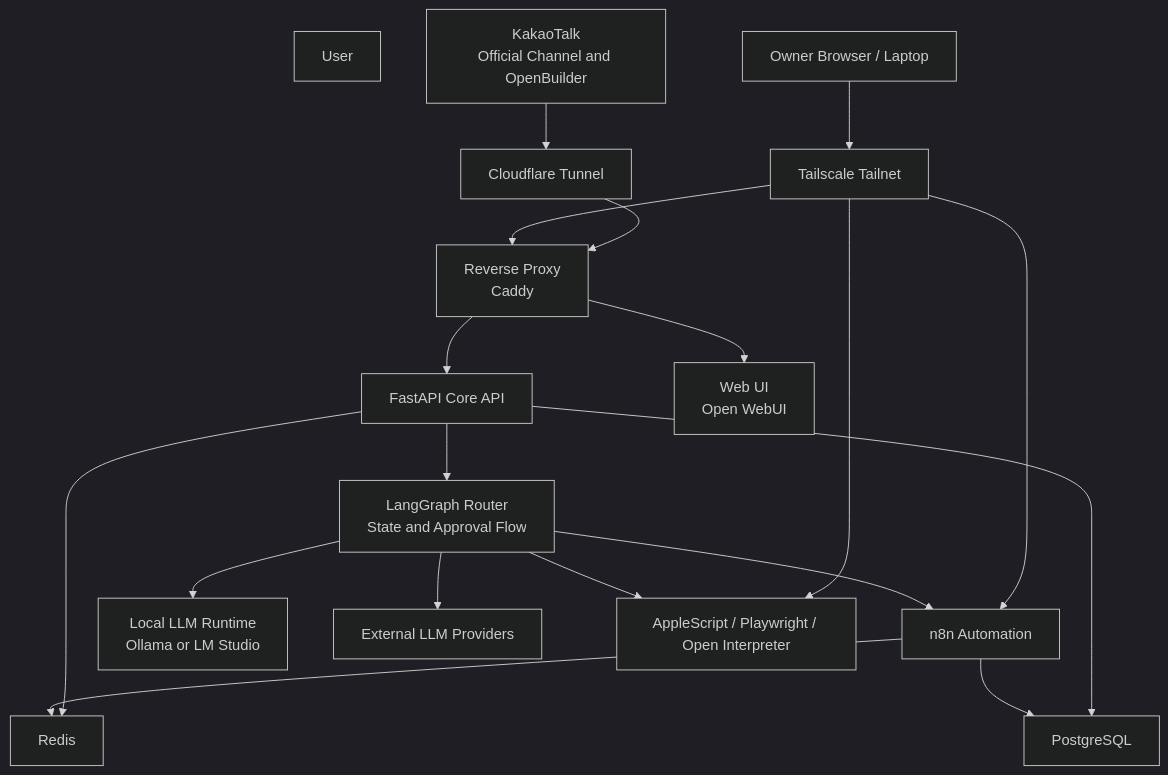
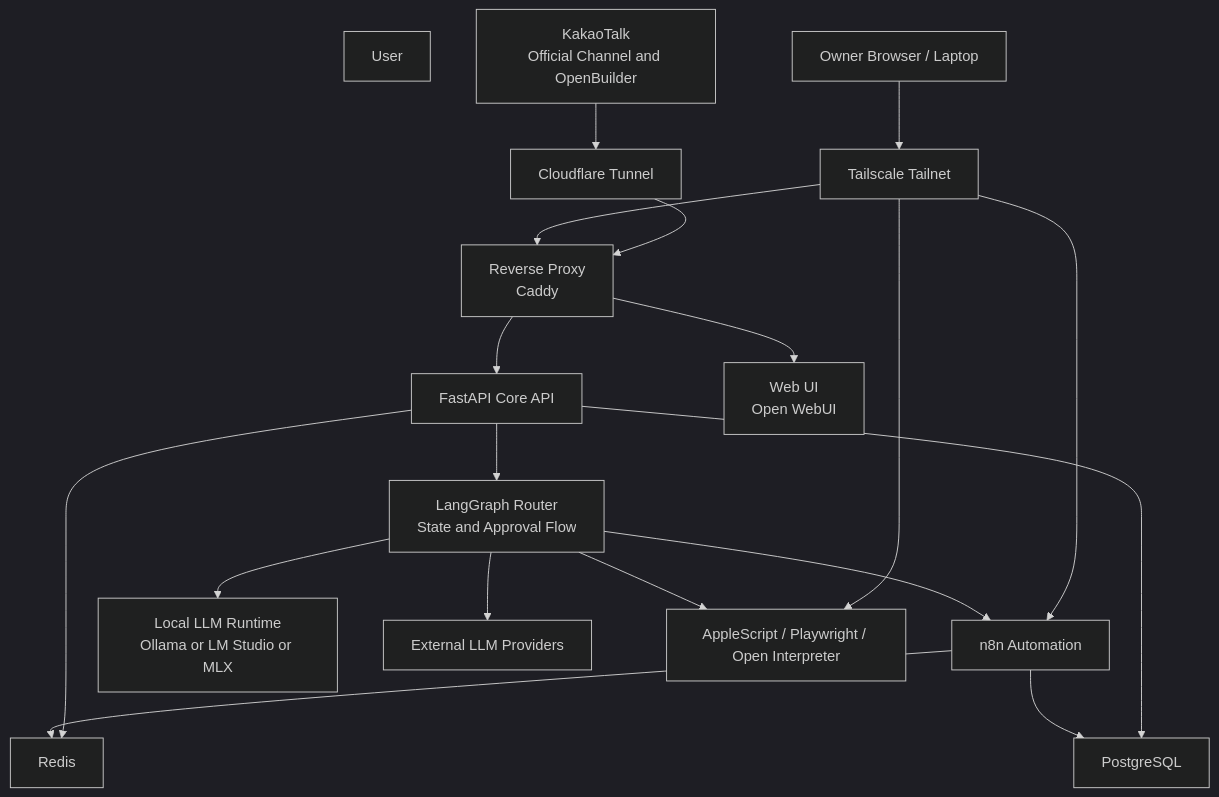
Before and after one commit to la9527/ai-assistant: the diagram in docs/architecture.md, drawn with Mermaid (dark theme). The commit also changed other lines of this file and 31 other files, not shown here.

````diff
--- a/docs/architecture.md
+++ b/docs/architecture.md
@@ -24,40 +24,40 @@
 ```mermaid
 flowchart TB
   User[User]
   Kakao[KakaoTalk\nOfficial Channel and OpenBuilder]
   Browser[Owner Browser / Laptop]
   Cloudflare[Cloudflare Tunnel]
   Tailscale[Tailscale Tailnet]
 
   Proxy[Reverse Proxy\nCaddy]
     API[FastAPI Core API]
     Graph[LangGraph Router\nState and Approval Flow]
     N8N[n8n Automation]
   Web[Web UI\nOpen WebUI]
-    LocalRuntime[Local LLM Runtime\nOllama or LM Studio]
+    LocalRuntime[Local LLM Runtime\nOllama or LM Studio or MLX]
     ExtLLM[External LLM Providers]
     Redis[Redis]
     Postgres[PostgreSQL]
     MacTools[AppleScript / Playwright / Open Interpreter]
 
   Kakao --> Cloudflare
   Cloudflare --> Proxy
   Browser --> Tailscale
   Tailscale --> Proxy
   Tailscale --> N8N
   Tailscale --> MacTools
 
     Proxy --> API
   Proxy --> Web
 
     API --> Graph
     Graph --> LocalRuntime
     Graph --> ExtLLM
     Graph --> N8N
     Graph --> MacTools
 
     API --> Redis
     API --> Postgres
     N8N --> Postgres
     N8N --> Redis
 ```
````
